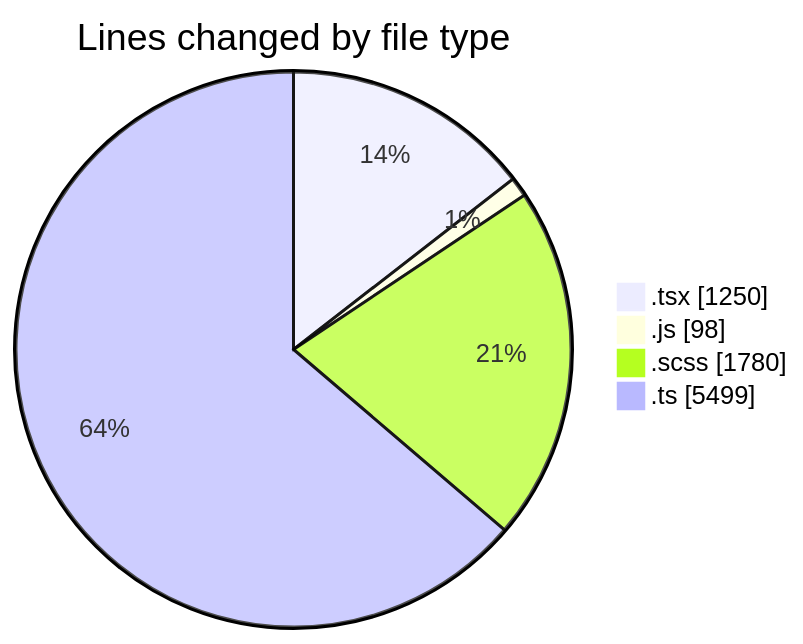
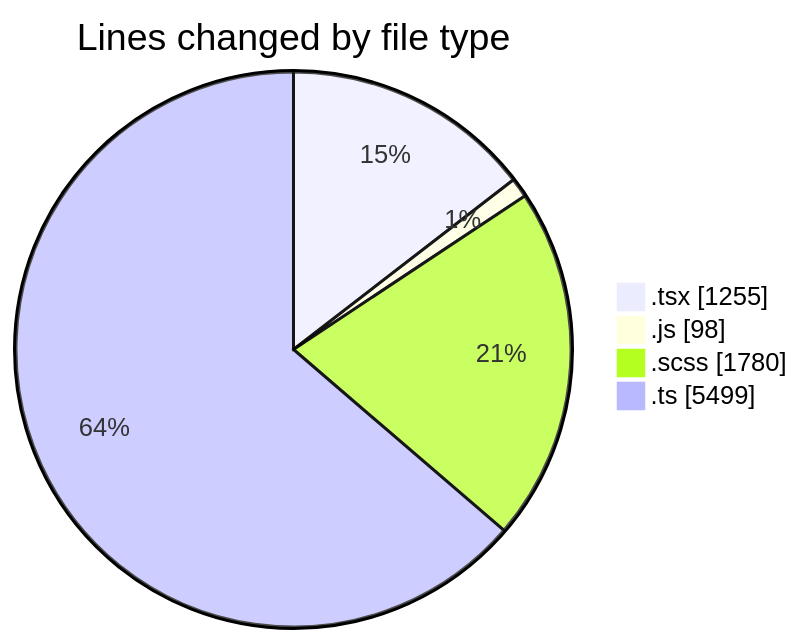
The first of 2 diagrams in 2025-03-31/cda/README.md (momahboobian/code-tracking), drawn with Mermaid before and after one commit. The commit also changed other lines of this file and 1 other file, not shown here.

````diff
--- a/2025-03-31/cda/README.md
+++ b/2025-03-31/cda/README.md
@@ -39,8 +39,8 @@
 ```mermaid
 pie showData
 title Lines changed by file type
-".tsx" : 1250
+".tsx" : 1255
 ".js" : 98
 ".scss" : 1780
 ".ts" : 5499
 ```
````
